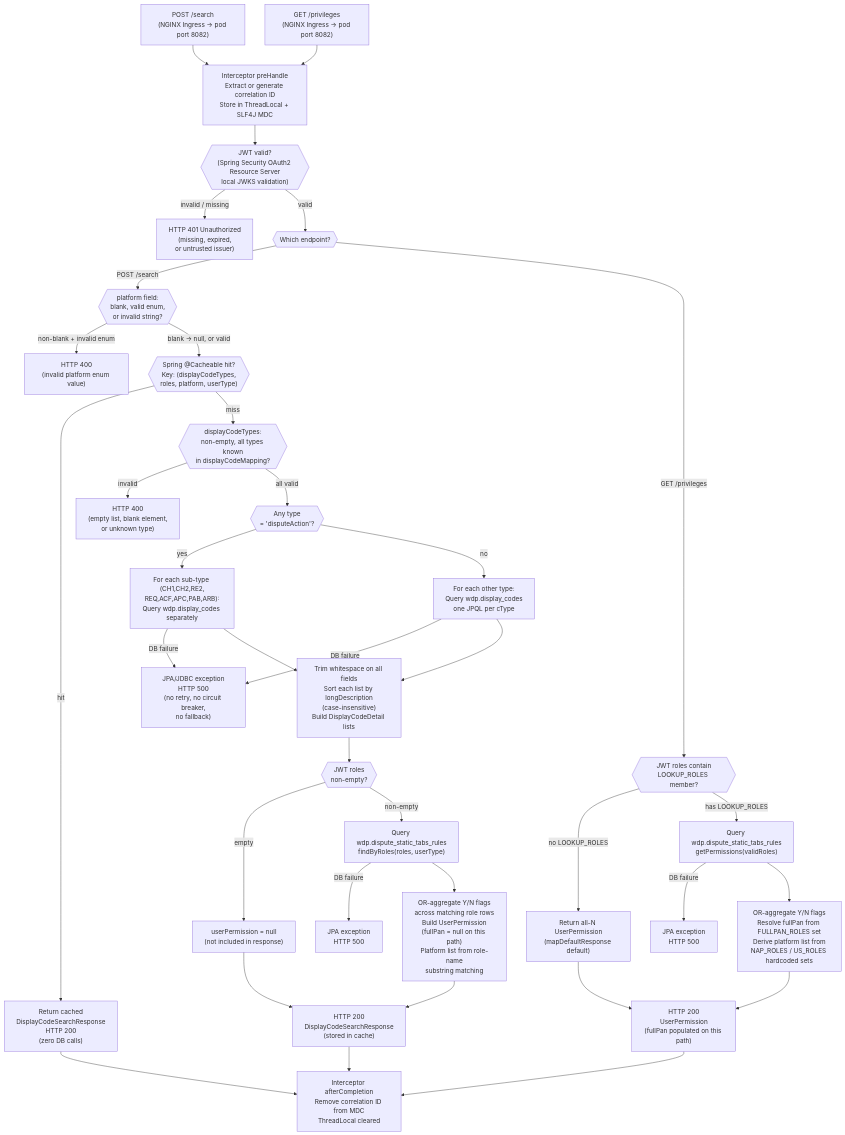
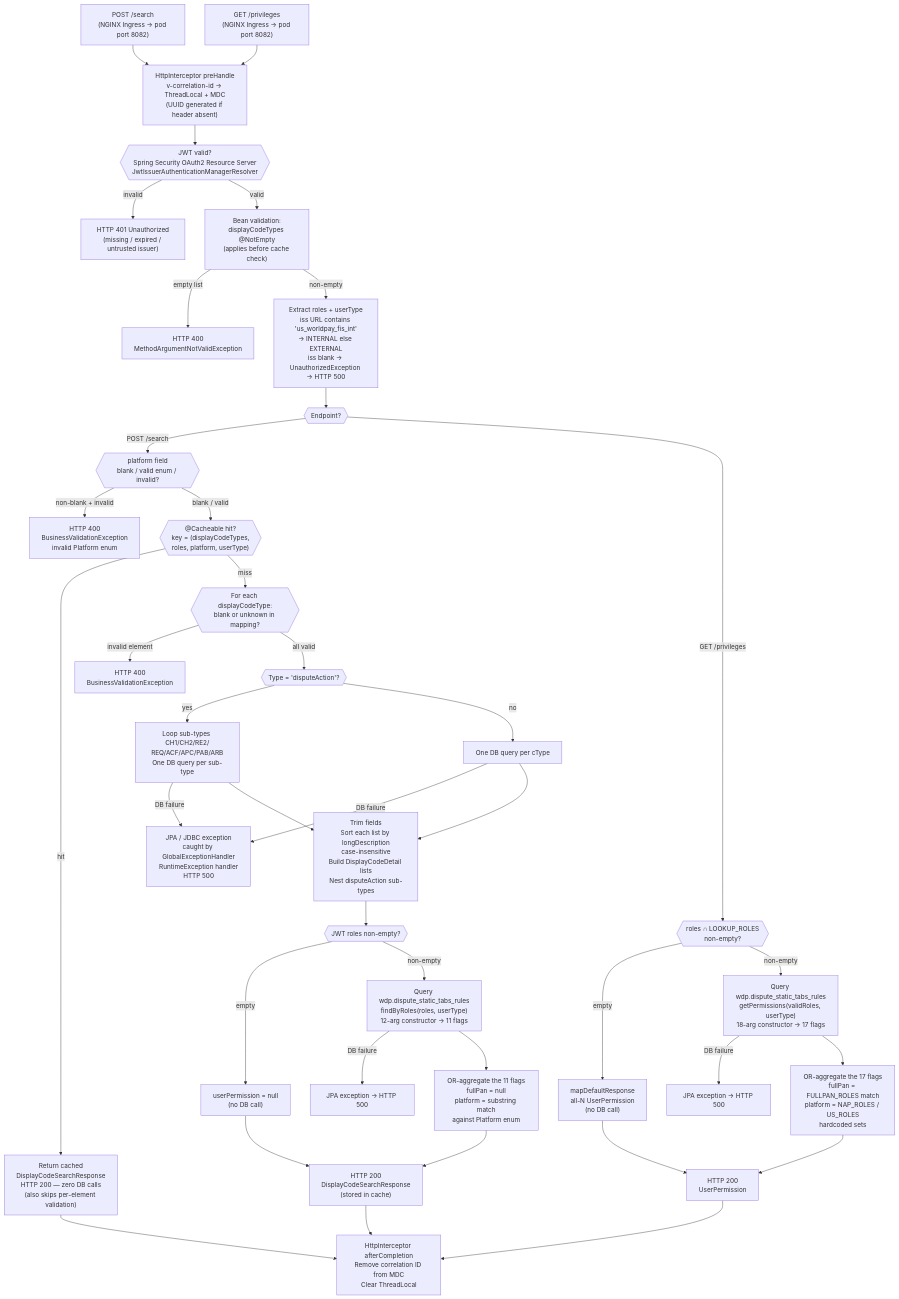
One commit to Ramas0409/DISPUTE-DOCUMENTS changed the diagram in components/WDP-COMP-28-DISPLAY-CODE-SERVICE.md. Above: the diagram before and after it, drawn with Mermaid. The commit also changed other lines of this file and 6 other files, not shown here.

````diff
--- a/components/WDP-COMP-28-DISPLAY-CODE-SERVICE.md
+++ b/components/WDP-COMP-28-DISPLAY-CODE-SERVICE.md
@@ -91,65 +114,73 @@
 ```mermaid
 flowchart TD
-    REQ_S["POST /search\n(NGINX Ingress → pod port 8082)"]
-    REQ_P["GET /privileges\n(NGINX Ingress → pod port 8082)"]
+    REQ_S["POST /search<br/>(NGINX Ingress → pod port 8082)"]
+    REQ_P["GET /privileges<br/>(NGINX Ingress → pod port 8082)"]
 
-    CORR["Interceptor preHandle\nExtract or generate correlation ID\nStore in ThreadLocal + SLF4J MDC"]
+    CORR["HttpInterceptor preHandle<br/>v-correlation-id → ThreadLocal + MDC<br/>(UUID generated if header absent)"]
 
-    JWT_VAL{{"JWT valid?\n(Spring Security OAuth2 Resource Server\nlocal JWKS validation)"}}
-    HTTP401["HTTP 401 Unauthorized\n(missing, expired,\nor untrusted issuer)"]
+    JWT_VAL{{"JWT valid?<br/>Spring Security OAuth2 Resource Server<br/>JwtIssuerAuthenticationManagerResolver"}}
+    HTTP401["HTTP 401 Unauthorized<br/>(missing / expired / untrusted issuer)"]
 
-    ENTRY{{"Which endpoint?"}}
+    BV["Bean validation:<br/>displayCodeTypes @NotEmpty<br/>(applies before cache check)"]
+    HTTP400_NE["HTTP 400<br/>MethodArgumentNotValidException"]
 
-    %% ── POST /search path ──────────────────────────────
-    PLAT_VAL{{"platform field:\nblank, valid enum,\nor invalid string?"}}
-    HTTP400_PLAT["HTTP 400\n(invalid platform enum value)"]
+    USER_TYPE["Extract roles + userType<br/>iss URL contains 'us_worldpay_fis_int'<br/>→ INTERNAL else EXTERNAL<br/>iss blank → UnauthorizedException → HTTP 500"]
 
-    CACHE{{"Spring @Cacheable hit?\nKey: (displayCodeTypes,\nroles, platform, userType)"}}
-    CACHE_HIT["Return cached\nDisplayCodeSearchResponse\nHTTP 200\n(zero DB calls)"]
+    ENTRY{{"Endpoint?"}}
 
-    TYPES_VAL{{"displayCodeTypes:\nnon-empty, all types known\nin displayCodeMapping?"}}
-    HTTP400_TYPES["HTTP 400\n(empty list, blank element,\nor unknown type)"]
+    %% ── POST /search path ─────────────────────────────────
+    PLAT_VAL{{"platform field<br/>blank / valid enum / invalid?"}}
+    HTTP400_PLAT["HTTP 400<br/>BusinessValidationException<br/>invalid Platform enum"]
 
-    DA{{"Any type\n= 'disputeAction'?"}}
-    MULTI["For each sub-type (CH1,CH2,RE2,\nREQ,ACF,APC,PAB,ARB):\nQuery wdp.display_codes separately"]
-    SINGLE["For each other type:\nQuery wdp.display_codes\none JPQL per cType"]
-    DB_FAIL_S["JPA/JDBC exception\nHTTP 500\n(no retry, no circuit breaker,\nno fallback)"]
+    CACHE{{"@Cacheable hit?<br/>key = (displayCodeTypes,<br/>roles, platform, userType)"}}
+    CACHE_HIT["Return cached<br/>DisplayCodeSearchResponse<br/>HTTP 200 — zero DB calls<br/>(also skips per-element validation)"]
 
-    BUILD_CODES["Trim whitespace on all fields\nSort each list by longDescription\n(case-insensitive)\nBuild DisplayCodeDetail lists"]
+    TYPES_VAL{{"For each displayCodeType:<br/>blank or unknown in mapping?"}}
+    HTTP400_TYPES["HTTP 400<br/>BusinessValidationException"]
 
-    ROLES_CHECK{{"JWT roles\nnon-empty?"}}
-    SET_NULL["userPermission = null\n(not included in response)"]
-    PERM_Q_S["Query wdp.dispute_static_tabs_rules\nfindByRoles(roles, userType)"]
-    DB_FAIL_PERM["JPA exception\nHTTP 500"]
-    BUILD_PERM_S["OR-aggregate Y/N flags\nacross matching role rows\nBuild UserPermission\n(fullPan = null on this path)\nPlatform list from role-name\nsubstring matching"]
+    DA{{"Type = 'disputeAction'?"}}
+    MULTI["Loop sub-types CH1/CH2/RE2/<br/>REQ/ACF/APC/PAB/ARB<br/>One DB query per sub-type"]
+    SINGLE["One DB query per cType"]
+    DB_FAIL_S["JPA / JDBC exception<br/>caught by GlobalExceptionHandler<br/>RuntimeException handler<br/>HTTP 500"]
 
-    RESP_S["HTTP 200\nDisplayCodeSearchResponse\n(stored in cache)"]
+    BUILD_CODES["Trim fields<br/>Sort each list by longDescription<br/>case-insensitive<br/>Build DisplayCodeDetail lists<br/>Nest disputeAction sub-types"]
 
-    %% ── GET /privileges path ───────────────────────────
-    LOOKUP{{"JWT roles contain\nLOOKUP_ROLES member?"}}
-    DEFAULT_PERM["Return all-N UserPermission\n(mapDefaultResponse default)"]
-    PRIV_Q["Query wdp.dispute_static_tabs_rules\ngetPermissions(validRoles)"]
-    DB_FAIL_PR["JPA exception\nHTTP 500"]
-    BUILD_PERM_P["OR-aggregate Y/N flags\nResolve fullPan from FULLPAN_ROLES set\nDerive platform list from\nNAP_ROLES / US_ROLES hardcoded sets"]
-    RESP_P["HTTP 200\nUserPermission\n(fullPan populated on this path)"]
+    ROLES_S{{"JWT roles non-empty?"}}
+    SET_NULL["userPermission = null<br/>(no DB call)"]
+    PERM_Q_S["Query wdp.dispute_static_tabs_rules<br/>findByRoles(roles, userType)<br/>12-arg constructor → 11 flags"]
+    DB_FAIL_PERM["JPA exception → HTTP 500"]
+    BUILD_PERM_S["OR-aggregate the 11 flags<br/>fullPan = null<br/>platform = substring match<br/>against Platform enum"]
+
+    RESP_S["HTTP 200<br/>DisplayCodeSearchResponse<br/>(stored in cache)"]
+
+    %% ── GET /privileges path ──────────────────────────────
+    LOOKUP{{"roles ∩ LOOKUP_ROLES<br/>non-empty?"}}
+    DEFAULT_PERM["mapDefaultResponse<br/>all-N UserPermission<br/>(no DB call)"]
+    PRIV_Q["Query wdp.dispute_static_tabs_rules<br/>getPermissions(validRoles, userType)<br/>18-arg constructor → 17 flags"]
+    DB_FAIL_PR["JPA exception → HTTP 500"]
+    BUILD_PERM_P["OR-aggregate the 17 flags<br/>fullPan = FULLPAN_ROLES match<br/>platform = NAP_ROLES / US_ROLES<br/>hardcoded sets"]
+    RESP_P["HTTP 200<br/>UserPermission"]
 
     %% Shared cleanup
-    CLEAN["Interceptor afterCompletion\nRemove correlation ID from MDC\nThreadLocal cleared"]
+    CLEAN["HttpInterceptor afterCompletion<br/>Remove correlation ID from MDC<br/>Clear ThreadLocal"]
 
-    %% ── Flow connections ──
     REQ_S --> CORR
     REQ_P --> CORR
     CORR --> JWT_VAL
-    JWT_VAL -->|"invalid / missing"| HTTP401
-    JWT_VAL -->|"valid"| ENTRY
+    JWT_VAL -->|"invalid"| HTTP401
+    JWT_VAL -->|"valid"| BV
+    BV -->|"empty list"| HTTP400_NE
+    BV -->|"non-empty"| USER_TYPE
+    USER_TYPE --> ENTRY
+
     ENTRY -->|"POST /search"| PLAT_VAL
     ENTRY -->|"GET /privileges"| LOOKUP
 
-    PLAT_VAL -->|"non-blank + invalid enum"| HTTP400_PLAT
-    PLAT_VAL -->|"blank → null, or valid"| CACHE
+    PLAT_VAL -->|"non-blank + invalid"| HTTP400_PLAT
+    PLAT_VAL -->|"blank / valid"| CACHE
     CACHE -->|"hit"| CACHE_HIT
     CACHE -->|"miss"| TYPES_VAL
-    TYPES_VAL -->|"invalid"| HTTP400_TYPES
+    TYPES_VAL -->|"invalid element"| HTTP400_TYPES
     TYPES_VAL -->|"all valid"| DA
     DA -->|"yes"| MULTI
     DA -->|"no"| SINGLE
@@ -157,9 +188,9 @@
     SINGLE -->|"DB failure"| DB_FAIL_S
     MULTI --> BUILD_CODES
     SINGLE --> BUILD_CODES
-    BUILD_CODES --> ROLES_CHECK
-    ROLES_CHECK -->|"empty"| SET_NULL
-    ROLES_CHECK -->|"non-empty"| PERM_Q_S
+    BUILD_CODES --> ROLES_S
+    ROLES_S -->|"empty"| SET_NULL
+    ROLES_S -->|"non-empty"| PERM_Q_S
     PERM_Q_S -->|"DB failure"| DB_FAIL_PERM
     PERM_Q_S --> BUILD_PERM_S
     SET_NULL --> RESP_S
@@ -167,8 +198,8 @@
     RESP_S --> CLEAN
     CACHE_HIT --> CLEAN
 
-    LOOKUP -->|"no LOOKUP_ROLES"| DEFAULT_PERM
-    LOOKUP -->|"has LOOKUP_ROLES"| PRIV_Q
+    LOOKUP -->|"empty"| DEFAULT_PERM
+    LOOKUP -->|"non-empty"| PRIV_Q
     PRIV_Q -->|"DB failure"| DB_FAIL_PR
     PRIV_Q --> BUILD_PERM_P
     DEFAULT_PERM --> RESP_P
````
